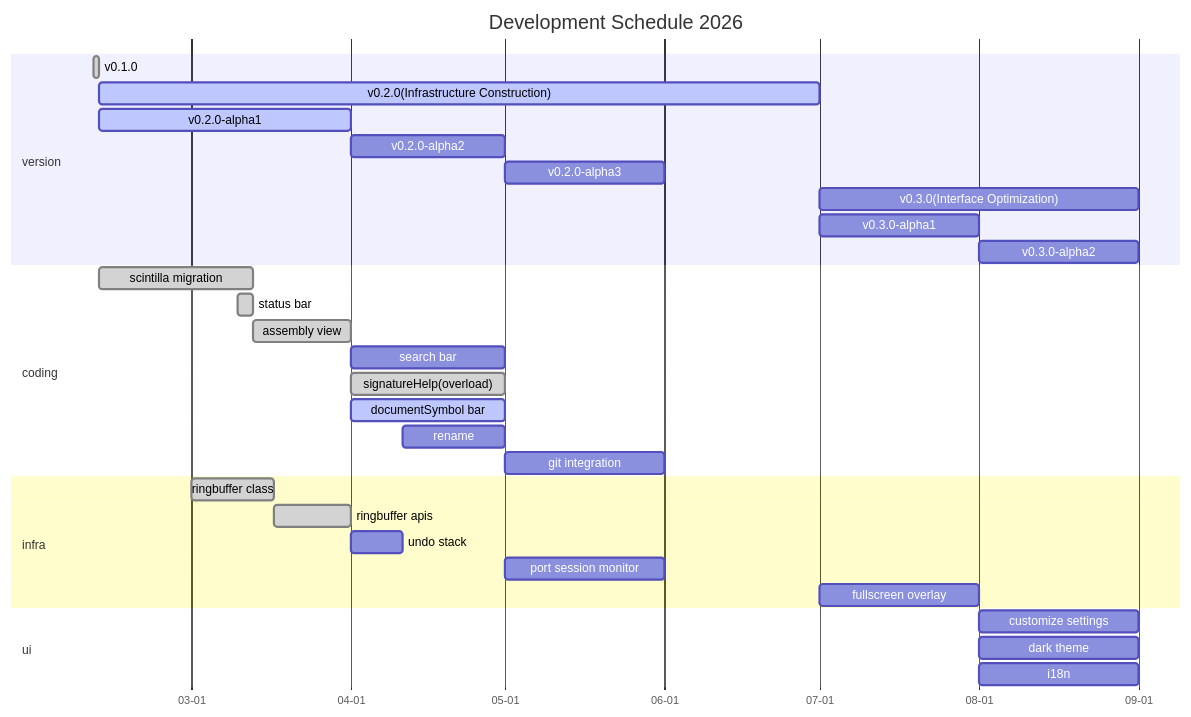
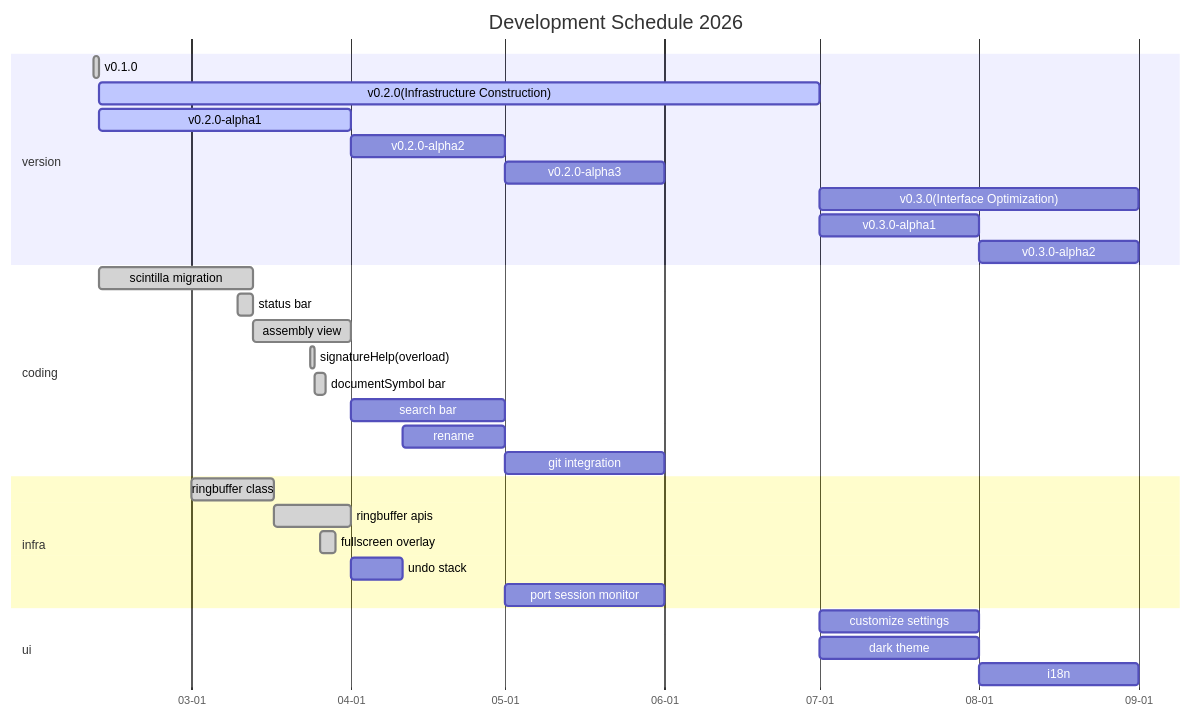
One commit to zyt20001205/UniComm2 changed the second of 3 diagrams in readme.md. Above: the diagram before and after it, drawn with Mermaid. The commit also changed 15 other files, not shown here.

Commit message:
fullscreen overlay finished! glitter needs to be fixed

````diff
--- a/readme.md
+++ b/readme.md
@@ -79,39 +79,39 @@
 ```mermaid
 gantt
     title Development Schedule 2026
     dateFormat MM-DD
     axisFormat %m-%d
     tickInterval 1month
 
     section version
         v0.1.0: done, 02-10, 1d
         v0.2.0(Infrastructure Construction): active, 02-11, 140d
         v0.2.0-alpha1: active, 02-11, 49d
         v0.2.0-alpha2: 04-01, 30d
         v0.2.0-alpha3: 05-01, 31d
         v0.3.0(Interface Optimization): 07-01, 62d
         v0.3.0-alpha1: 07-01, 31d
         v0.3.0-alpha2: 08-01, 31d
 
     section coding
         scintilla migration: done, 02-11, 30d
         status bar: done, 03-10, 3d
         assembly view: done, 03-13, 19d
+        signatureHelp(overload): done, 03-24, 1d
+        documentSymbol bar: done, 03-25, 2d
         search bar: 04-01, 30d
-        signatureHelp(overload): done, 04-01, 30d
-        documentSymbol bar: active, 04-01, 30d
         rename: 04-11, 20d
         git integration: 05-01, 31d
 
     section infra
         ringbuffer class: done, 03-01, 16d
         ringbuffer apis: done, 03-17, 15d
+        fullscreen overlay: done, 03-26, 3d
         undo stack: 04-01, 10d
         port session monitor: 05-01, 31d
-        fullscreen overlay: 07-01, 31d
 
     section ui
-        customize settings: 08-01, 31d
-        dark theme: 08-01, 31d
+        customize settings: 07-01, 31d
+        dark theme: 07-01, 31d
         i18n: 08-01, 31d
 ```
````
